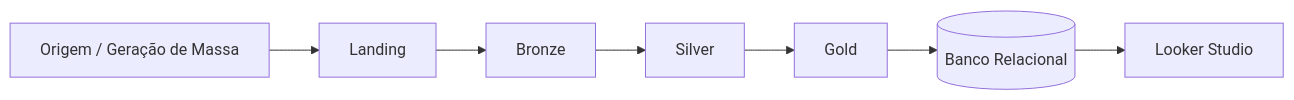
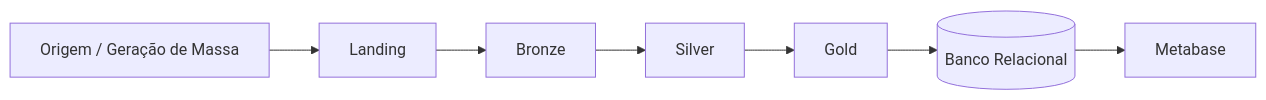
The diagram in docs/index.md (Luan-zanardo/data-pipeline), drawn with Mermaid before and after one commit. The commit also changed other lines of this file and 9 other files, not shown here.

First line of the commit message:
feat: adiciona Metabase self-host e remove Looker Studio (#27)

````diff
--- a/docs/index.md
+++ b/docs/index.md
@@ -11,9 +11,9 @@
 ```mermaid
 flowchart LR
     A[Origem / Geração de Massa] --> B[Landing]
     B --> C[Bronze]
     C --> D[Silver]
     D --> E[Gold]
     E --> F[(Banco Relacional)]
-    F --> G[Looker Studio]
+    F --> G[Metabase]
 ```
````
